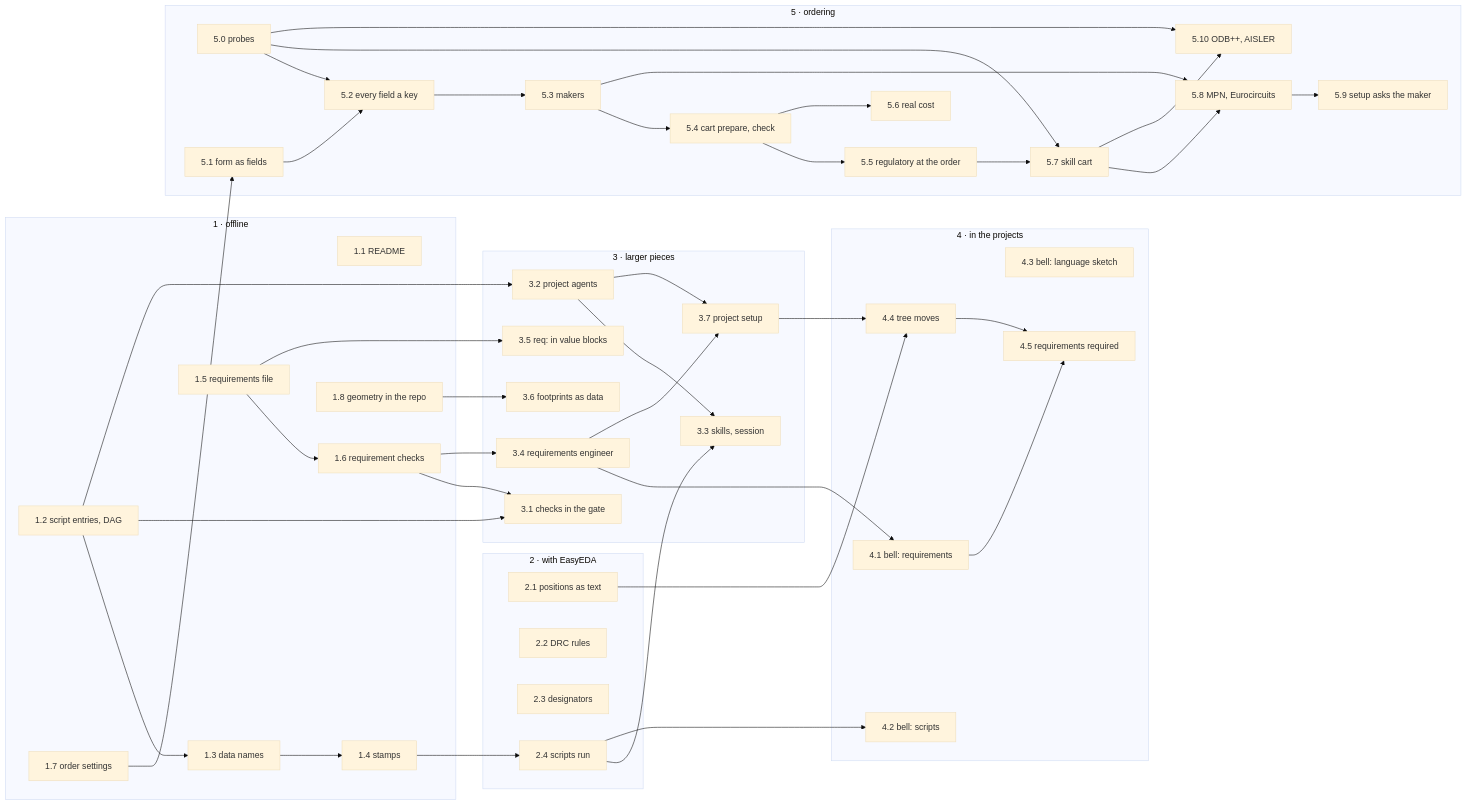
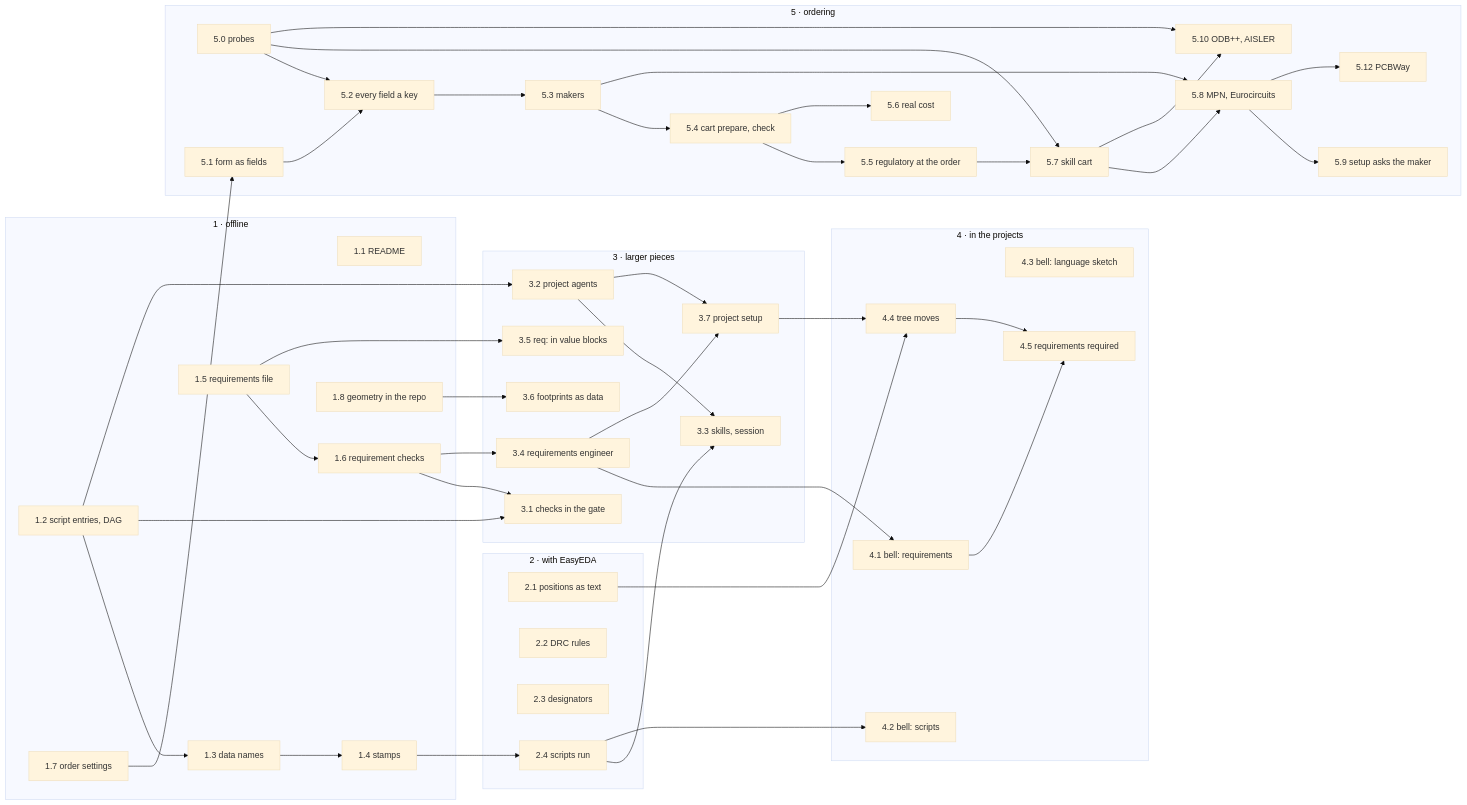
One commit to tgd1975/edakit changed the diagram in docs/concepts/new/implementation-plan.md. Above: the diagram before and after it, drawn with Mermaid (base theme). The commit also changed other lines of this file and 15 other files, not shown here.

````diff
--- a/docs/concepts/new/implementation-plan.md
+++ b/docs/concepts/new/implementation-plan.md
@@ -76,64 +77,66 @@
 ```mermaid
 flowchart LR
   subgraph P1["1 · offline"]
     s11["1.1 README"]
     s12["1.2 script entries, DAG"] --> s13["1.3 data names"] --> s14["1.4 stamps"]
     s15["1.5 requirements file"] --> s16["1.6 requirement checks"]
     s17["1.7 order settings"]
     s18["1.8 geometry in the repo"]
   end
   subgraph P2["2 · with EasyEDA"]
     s21["2.1 positions as text"]
     s22["2.2 DRC rules"]
     s23["2.3 designators"]
     s24["2.4 scripts run"]
   end
   subgraph P3["3 · larger pieces"]
     s31["3.1 checks in the gate"]
     s32["3.2 project agents"]
     s33["3.3 skills, session"]
     s34["3.4 requirements engineer"]
     s35["3.5 req: in value blocks"]
     s36["3.6 footprints as data"]
     s37["3.7 project setup"]
   end
   subgraph P4["4 · in the projects"]
     s41["4.1 bell: requirements"]
     s42["4.2 bell: scripts"]
     s43["4.3 bell: language sketch"]
     s44["4.4 tree moves"]
     s45["4.5 requirements required"]
   end
   subgraph P5["5 · ordering"]
     s50["5.0 probes"]
     s51["5.1 form as fields"] --> s52["5.2 every field a key"] --> s53["5.3 makers"] --> s54["5.4 cart prepare, check"]
     s54 --> s55["5.5 regulatory at the order"]
     s54 --> s56["5.6 real cost"]
     s57["5.7 skill cart"]
     s58["5.8 MPN, Eurocircuits"]
     s59["5.9 setup asks the maker"]
     s510["5.10 ODB++, AISLER"]
+    s512["5.12 PCBWay"]
   end
   s14 --> s24 --> s33
   s12 --> s31
   s16 --> s31
   s12 --> s32 --> s33
   s16 --> s34 --> s41
   s15 --> s35
   s18 --> s36
   s24 --> s42
   s32 --> s37
   s34 --> s37
   s21 --> s44
   s37 --> s44
   s41 --> s45
   s44 --> s45
   s50 --> s52
   s50 --> s57
   s55 --> s57
   s53 --> s58
   s57 --> s58 --> s59
   s50 --> s510
   s57 --> s510
+  s58 --> s512
   s17 --> s51
 ```
````
